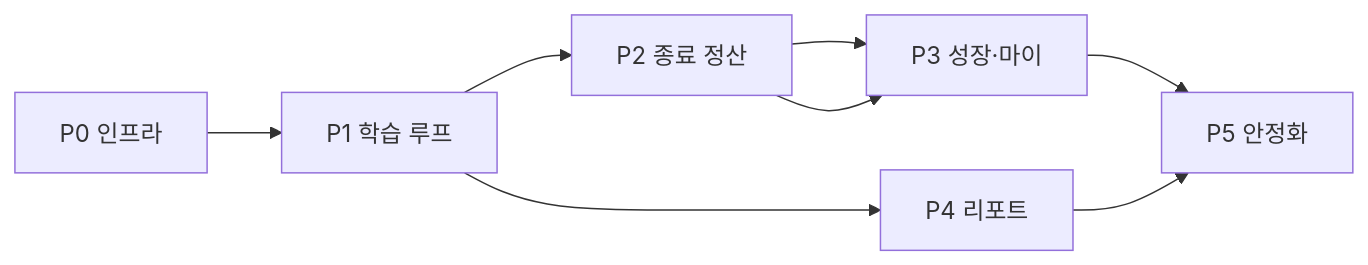
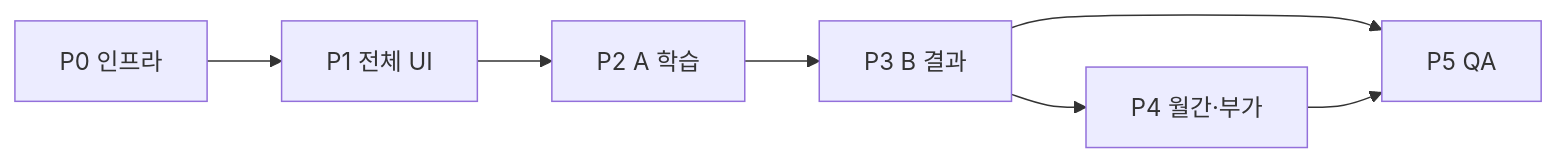
The third of 3 diagrams in docs/milestones.md (kangyeon9525/learnersHigh), drawn with Mermaid before and after one commit. The commit also changed other lines of this file and 82 other files, not shown here.

````diff
--- a/docs/milestones.md
+++ b/docs/milestones.md
@@ -364,10 +543,9 @@
 ```mermaid
 flowchart LR
-  P0[P0 인프라] --> P1[P1 학습 루프]
-  P1 --> P2[P2 종료 정산]
-  P2 --> P3[P3 성장·마이]
-  P1 --> P4[P4 리포트]
-  P3 --> P5[P5 안정화]
+  P0[P0 인프라] --> P1[P1 전체 UI]
+  P1 --> P2[P2 A 학습]
+  P2 --> P3[P3 B 결과]
+  P3 --> P4[P4 월간·부가]
+  P3 --> P5[P5 QA]
   P4 --> P5
-  P2 --> P3
 ```
````
